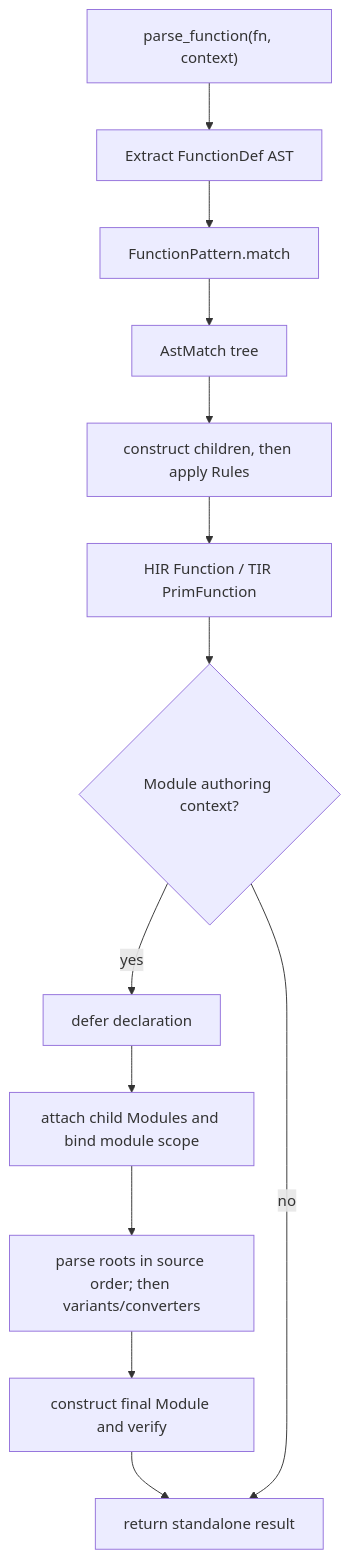
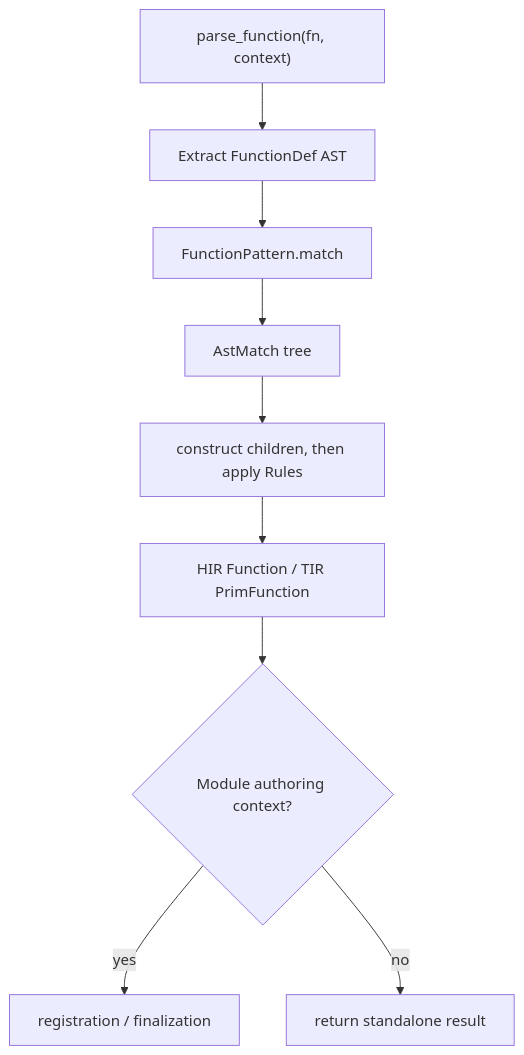
One commit to tile-ai/TileFoundry changed the second of 2 diagrams in docs/spec/parser.md. Above: the diagram before and after it, drawn with Mermaid. The commit also changed other lines of this file and 1 other file, not shown here.

````diff
--- a/docs/spec/parser.md
+++ b/docs/spec/parser.md
@@ -268,15 +266,11 @@
 ```mermaid
 flowchart TD
     API["parse_function(fn, context)"] --> AST["Extract FunctionDef AST"]
     AST --> ROOT["FunctionPattern.match"]
     ROOT --> TREE["AstMatch tree"]
     TREE --> BACKWARD["construct children, then apply Rules"]
     BACKWARD --> FUNCTION["HIR Function / TIR PrimFunction"]
     FUNCTION --> MODULE{"Module authoring context?"}
-    MODULE -->|yes| FINALIZE["defer declaration"]
-    FINALIZE --> CHILDREN["attach child Modules and bind module scope"]
-    CHILDREN --> ORDERED["parse roots in source order; then variants/converters"]
-    ORDERED --> BUILT["construct final Module and verify"]
-    BUILT --> RETURN
+    MODULE -->|yes| FINALIZE["registration / finalization"]
     MODULE -->|no| RETURN["return standalone result"]
 ```
````
